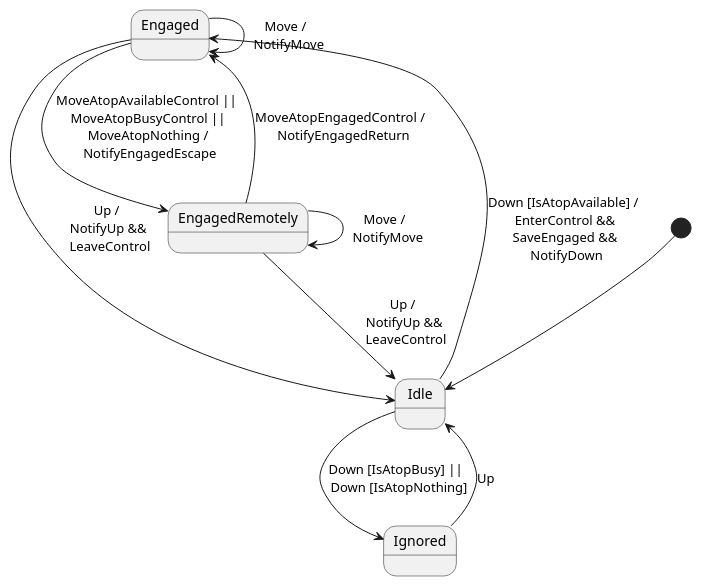
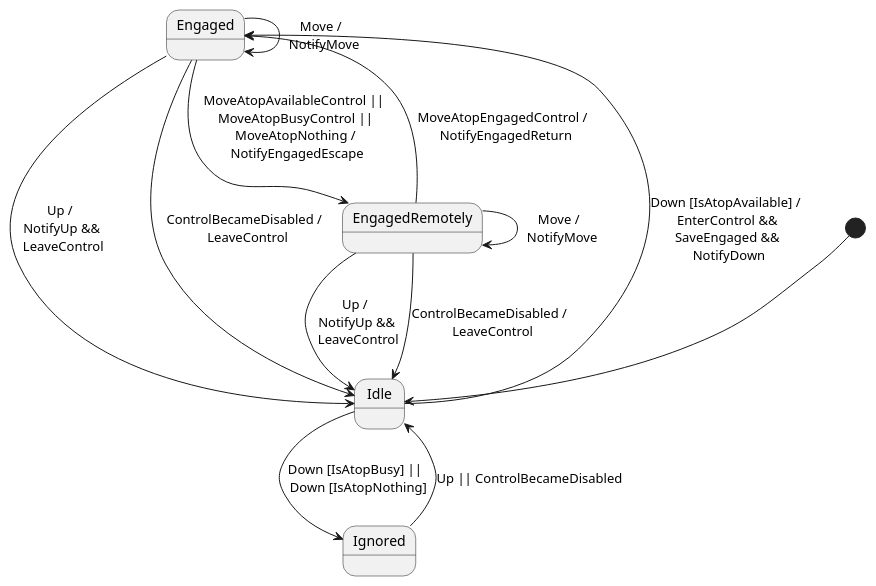
Before and after one commit to bobkocisko/libgui: the diagram in Documentation/TouchInput.puml, drawn with PlantUML. The commit also changed 13 other files, not shown here.

```diff
--- a/Documentation/TouchInput.puml
+++ b/Documentation/TouchInput.puml
@@ -1,22 +1,24 @@
 @startuml
 
 [*] --> Idle
 
 Idle --> Engaged: Down [IsAtopAvailable] / \n EnterControl && \n SaveEngaged && \n NotifyDown
 
 Idle --> Ignored: Down [IsAtopBusy] || \n Down [IsAtopNothing]
 
-Ignored --> Idle: Up
+Ignored --> Idle: Up || ControlBecameDisabled
 
 Engaged --> EngagedRemotely: MoveAtopAvailableControl || \n MoveAtopBusyControl || \n MoveAtopNothing / \n NotifyEngagedEscape
 Engaged --> Engaged: Move / \n NotifyMove
 Engaged -> Idle: Up / \n NotifyUp && \n LeaveControl
+Engaged --> Idle: ControlBecameDisabled / \n LeaveControl
 
 EngagedRemotely --> Engaged: MoveAtopEngagedControl / \n NotifyEngagedReturn
 
 EngagedRemotely --> EngagedRemotely: Move / \n NotifyMove
 
 EngagedRemotely --> Idle: Up / \n NotifyUp && \n LeaveControl
+EngagedRemotely --> Idle: ControlBecameDisabled / \n LeaveControl
 
 
 @enduml
```
